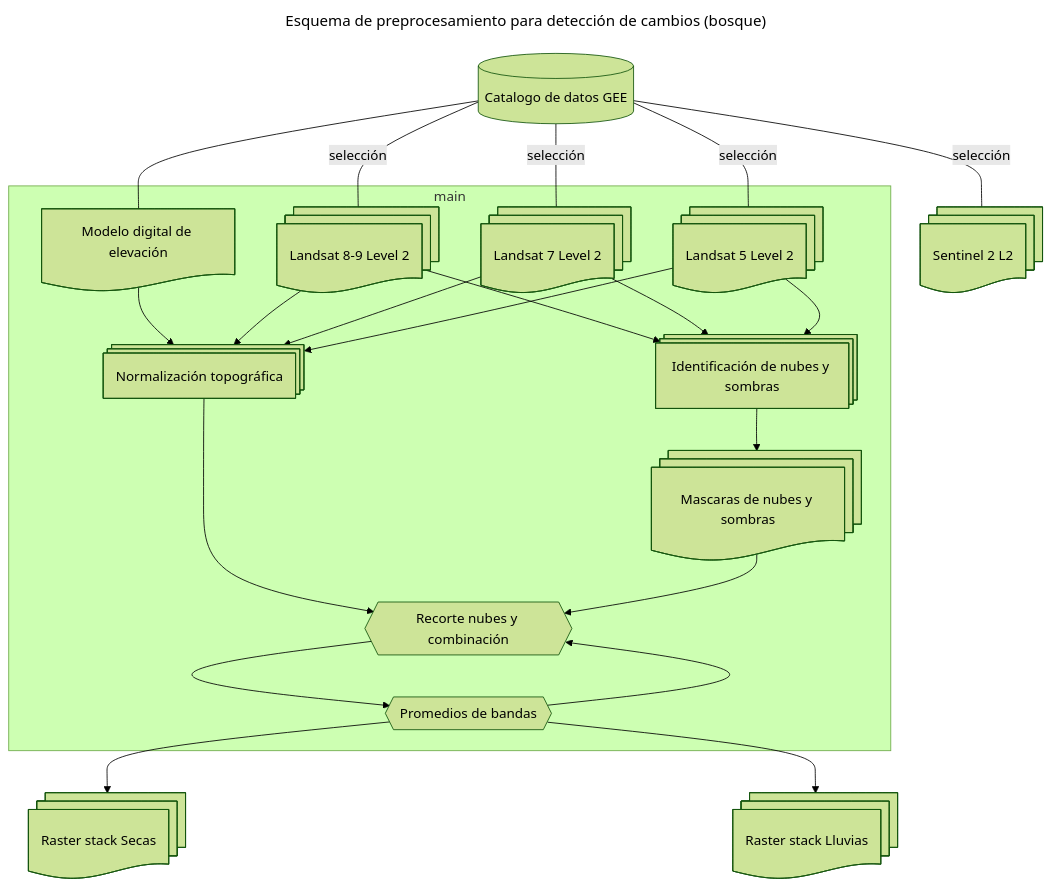
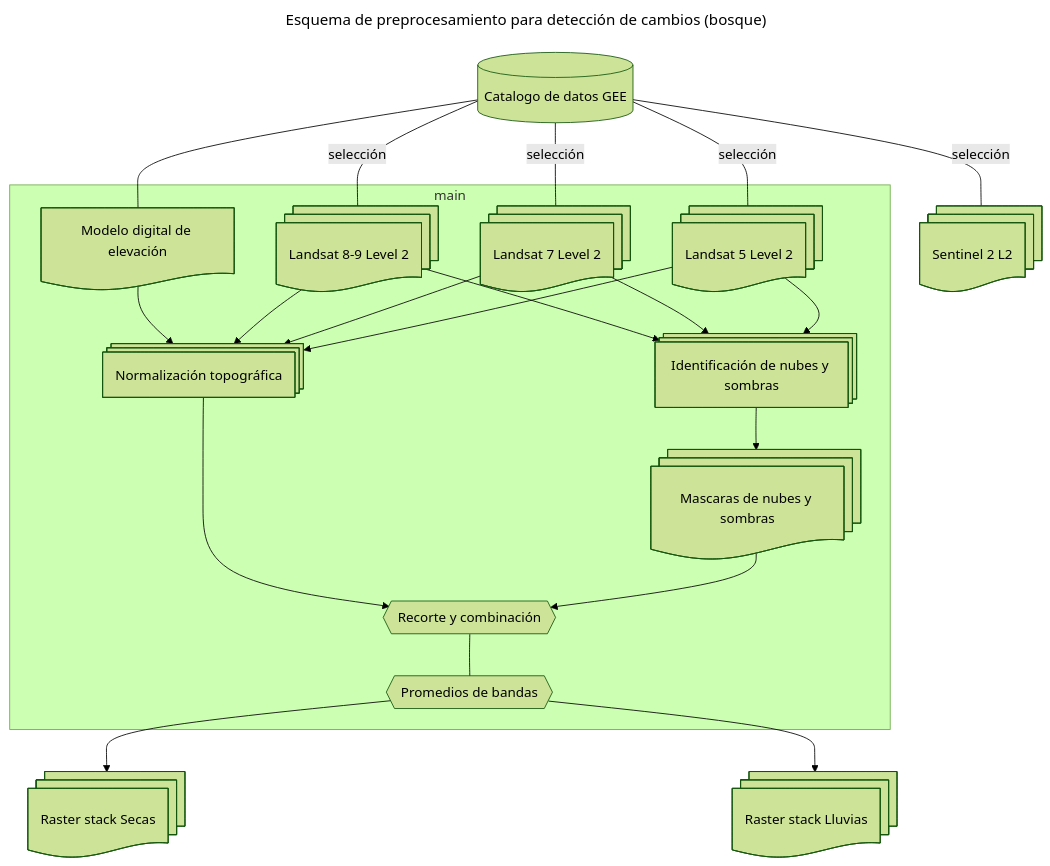
One commit to vshalisko/GEE changed the diagram in ANPs/Esquema_preprocesamiento.mermaid. Above: the diagram before and after it, drawn with Mermaid (forest theme).

```diff
--- a/ANPs/Esquema_preprocesamiento.mermaid
+++ b/ANPs/Esquema_preprocesamiento.mermaid
@@ -1,45 +1,45 @@
 ---
 title: Esquema de preprocesamiento para detección de cambios (bosque)
 ---
 flowchart TD
     gee1[(Catalogo de datos GEE)]
     Landsat8@{ shape: docs, label: Landsat 8-9 Level 2}
     Landsat7@{ shape: docs, label: Landsat 7 Level 2}
     Landsat5@{ shape: docs, label: Landsat 5 Level 2}
     Sentinel2@{ shape: docs, label: Sentinel 2 L2}
     MDE@{ shape: doc, label: Modelo digital de elevación}
     
     INS@{ shape: procs, label: "Identificación de nubes y sombras"}
     MNS@{ shape: docs, label: "Mascaras de nubes y sombras"}
     NT@{ shape: procs, label: "Normalización topográfica"}
-    Combinacion1@{ shape: hex, label: "Recorte nubes y combinación" }
+    Combinacion1@{ shape: hex, label: "Recorte y combinación" }
     Combinacion2@{ shape: hex, label: "Promedios de bandas" }
 
     BSecas@{ shape: docs, label: Raster stack Secas}
     BLluvias@{ shape: docs, label: Raster stack Lluvias}
 
     gee1---|selección|Landsat8
     gee1---|selección|Landsat7
     gee1---|selección|Landsat5
     gee1---|selección|Sentinel2
     gee1---MDE
 
     subgraph main
         Landsat8-->INS
         Landsat7-->INS
         Landsat5-->INS
 
         MDE-->NT
         Landsat8-->NT
         Landsat7-->NT
         Landsat5-->NT
 
         INS-->MNS
         NT-->Combinacion1
         MNS-->Combinacion1
-        Combinacion1-->Combinacion2
-        Combinacion2-->Combinacion1
+        Combinacion1---Combinacion2
+        
     end
 
     Combinacion2-->BSecas
     Combinacion2-->BLluvias
```
